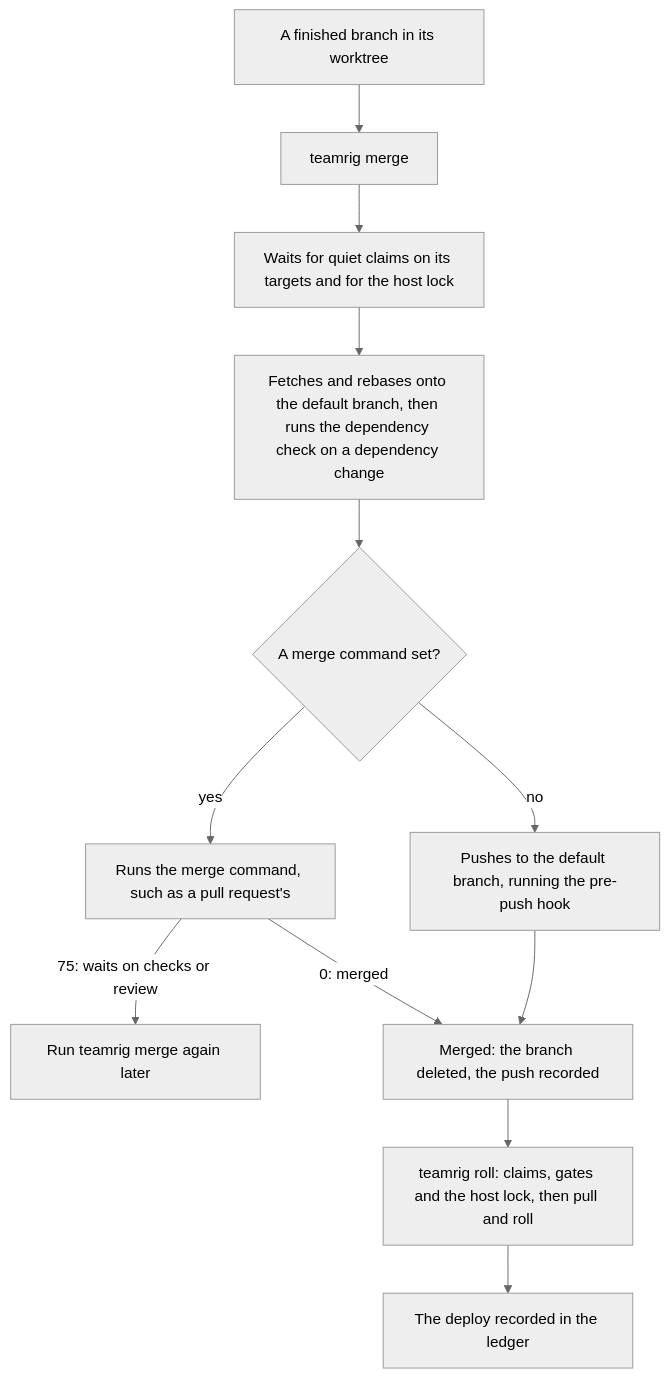
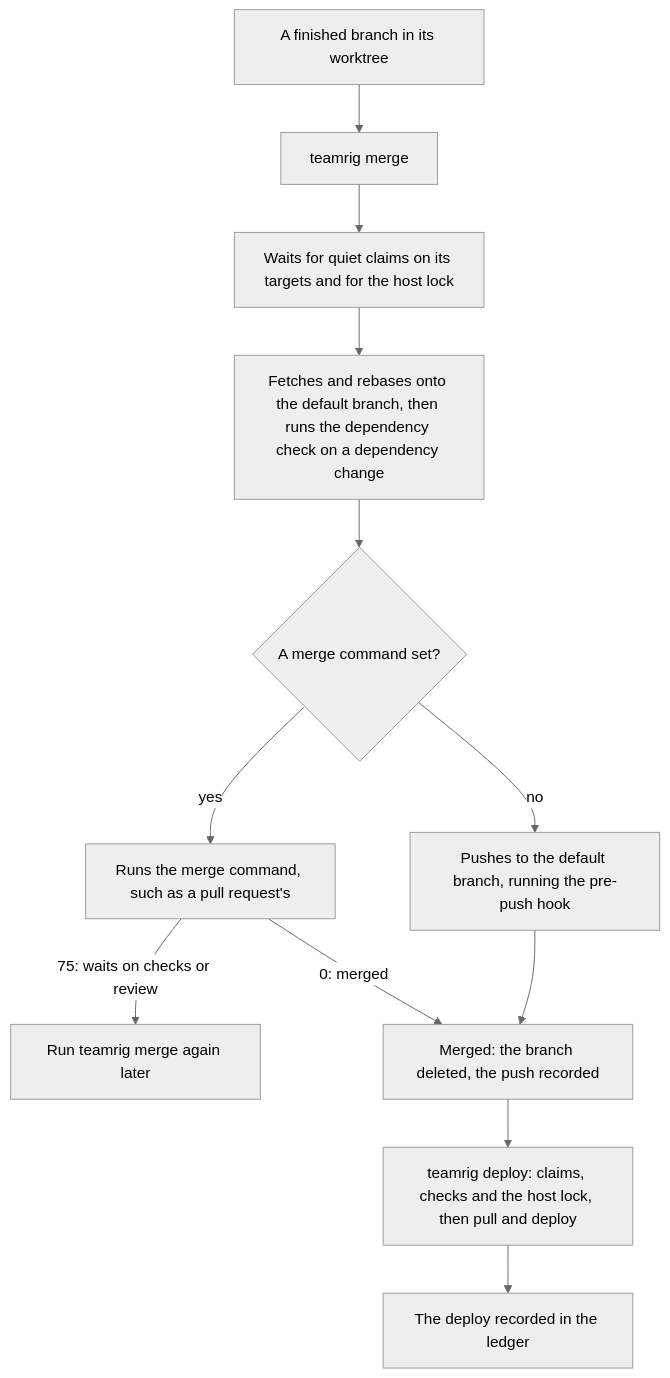
The diagram in docs/guides/ship-from-many-sessions.md (GeneralA6/teamrig), drawn with Mermaid (neutral theme) before and after one commit. The commit also changed other lines of this file and 45 other files, not shown here.

````diff
--- a/docs/guides/ship-from-many-sessions.md
+++ b/docs/guides/ship-from-many-sessions.md
@@ -69,14 +69,14 @@
 ```mermaid
 flowchart TD
   branch["A finished branch in its worktree"] --> mergecmd["teamrig merge"]
   mergecmd --> waitlock["Waits for quiet claims on its targets and for the host lock"]
   waitlock --> rebase["Fetches and rebases onto the default branch, then runs the dependency check on a dependency change"]
   rebase --> how{"A merge command set?"}
   how -- no --> push["Pushes to the default branch, running the pre-push hook"]
   how -- yes --> merge["Runs the merge command, such as a pull request's"]
   merge -- "75: waits on checks or review" --> later["Run teamrig merge again later"]
   merge -- "0: merged" --> merged["Merged: the branch deleted, the push recorded"]
   push --> merged
-  merged --> roll["teamrig roll: claims, gates and the host lock, then pull and roll"]
-  roll --> recorded["The deploy recorded in the ledger"]
+  merged --> deploy["teamrig deploy: claims, checks and the host lock, then pull and deploy"]
+  deploy --> recorded["The deploy recorded in the ledger"]
 ```
````
